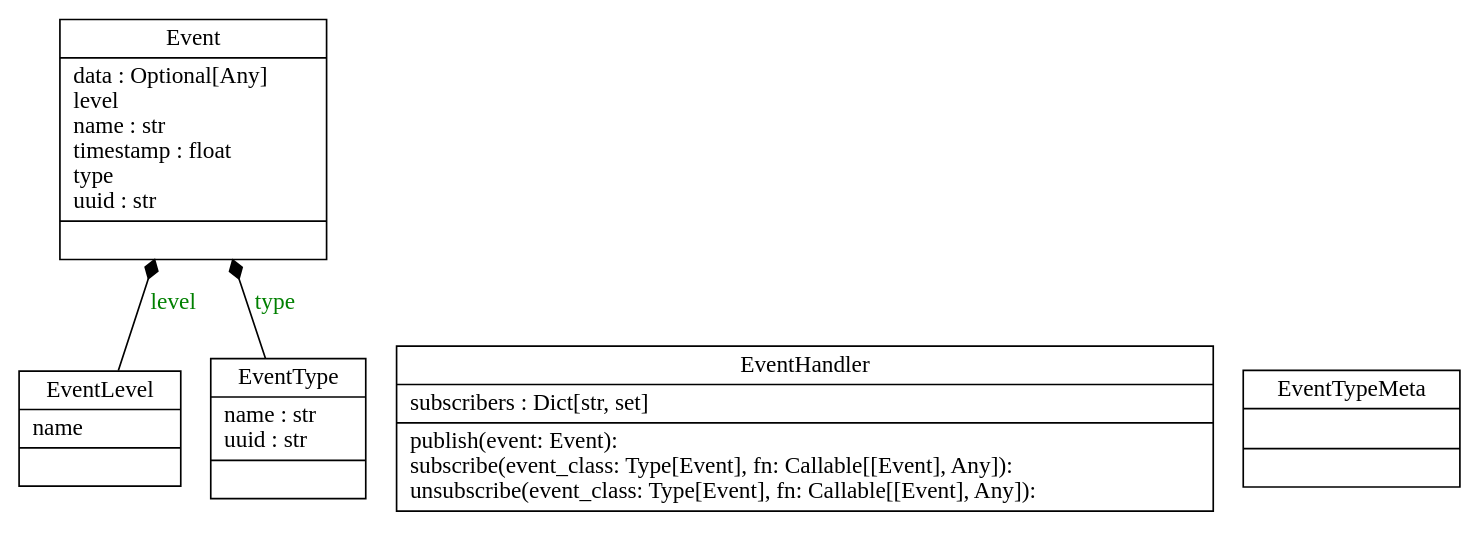
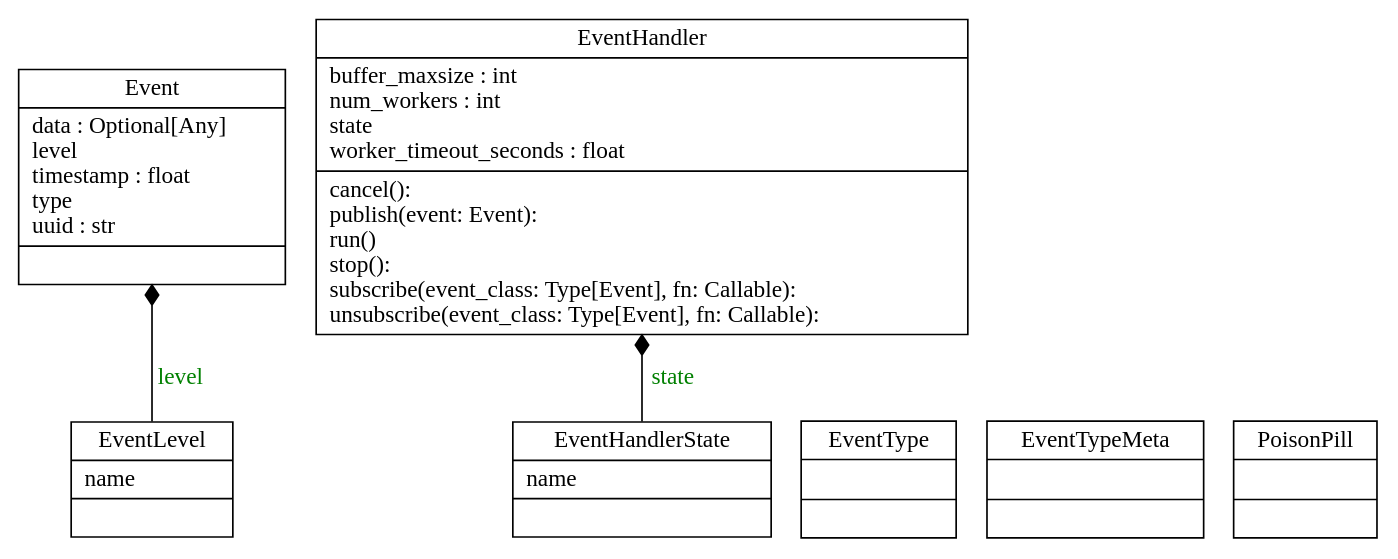
Before and after one commit to bonastreyair/iot-firmware: the diagram in docs/graphs/classes_event.dot, drawn with Graphviz. The commit also changed 22 other files, not shown here.

First line of the commit message:
async EventHandler (#28)

```diff
--- a/docs/graphs/classes_event.dot
+++ b/docs/graphs/classes_event.dot
@@ -1,11 +1,13 @@
 digraph "classes_event" {
 rankdir=BT
 charset="utf-8"
-"iot_firmware.event.schema.Event" [color="black", fontcolor="black", label="{Event|data : Optional[Any]\llevel\lname : str\ltimestamp : float\ltype\luuid : str\l|}", shape="record", style="solid"];
-"iot_firmware.event.handler.EventHandler" [color="black", fontcolor="black", label="{EventHandler|subscribers : Dict[str, set]\l|publish(event: Event): \lsubscribe(event_class: Type[Event], fn: Callable[[Event], Any]): \lunsubscribe(event_class: Type[Event], fn: Callable[[Event], Any]): \l}", shape="record", style="solid"];
+"iot_firmware.event.schema.Event" [color="black", fontcolor="black", label="{Event|data : Optional[Any]\llevel\ltimestamp : float\ltype\luuid : str\l|}", shape="record", style="solid"];
+"iot_firmware.event.handler.EventHandler" [color="black", fontcolor="black", label="{EventHandler|buffer_maxsize : int\lnum_workers : int\lstate\lworker_timeout_seconds : float\l|cancel(): \lpublish(event: Event): \lrun()\lstop(): \lsubscribe(event_class: Type[Event], fn: Callable): \lunsubscribe(event_class: Type[Event], fn: Callable): \l}", shape="record", style="solid"];
+"iot_firmware.event.enum.EventHandlerState" [color="black", fontcolor="black", label="{EventHandlerState|name\l|}", shape="record", style="solid"];
 "iot_firmware.event.enum.EventLevel" [color="black", fontcolor="black", label="{EventLevel|name\l|}", shape="record", style="solid"];
-"iot_firmware.event.schema.EventType" [color="black", fontcolor="black", label="{EventType|name : str\luuid : str\l|}", shape="record", style="solid"];
+"iot_firmware.event.schema.EventType" [color="black", fontcolor="black", label="{EventType|\l|}", shape="record", style="solid"];
 "iot_firmware.event.schema.EventTypeMeta" [color="black", fontcolor="black", label="{EventTypeMeta|\l|}", shape="record", style="solid"];
+"iot_firmware.event.handler.PoisonPill" [color="black", fontcolor="black", label="{PoisonPill|\l|}", shape="record", style="solid"];
+"iot_firmware.event.enum.EventHandlerState" -> "iot_firmware.event.handler.EventHandler" [arrowhead="diamond", arrowtail="none", fontcolor="green", label="state", style="solid"];
 "iot_firmware.event.enum.EventLevel" -> "iot_firmware.event.schema.Event" [arrowhead="diamond", arrowtail="none", fontcolor="green", label="level", style="solid"];
-"iot_firmware.event.schema.EventType" -> "iot_firmware.event.schema.Event" [arrowhead="diamond", arrowtail="none", fontcolor="green", label="type", style="solid"];
 }
```
